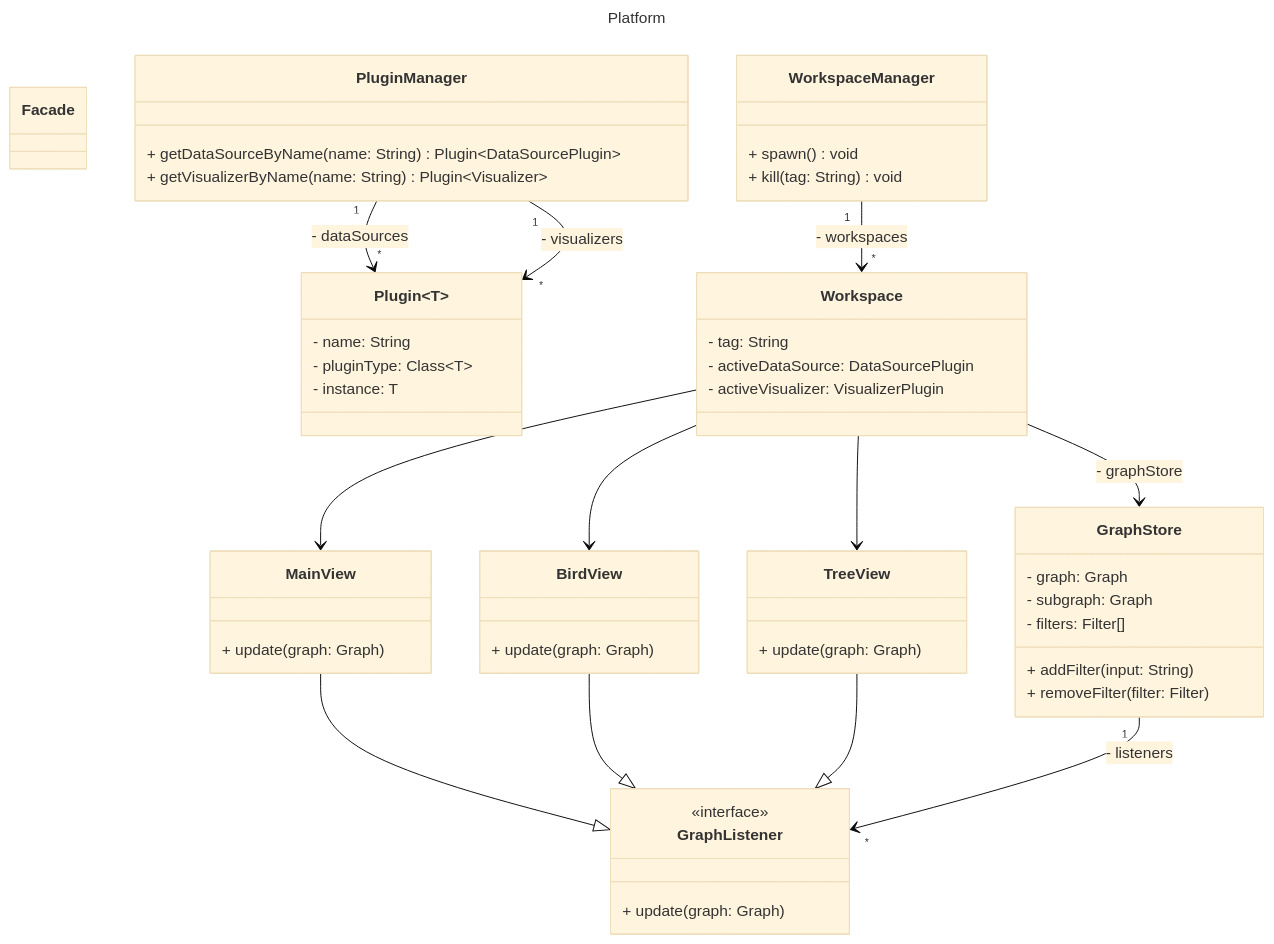
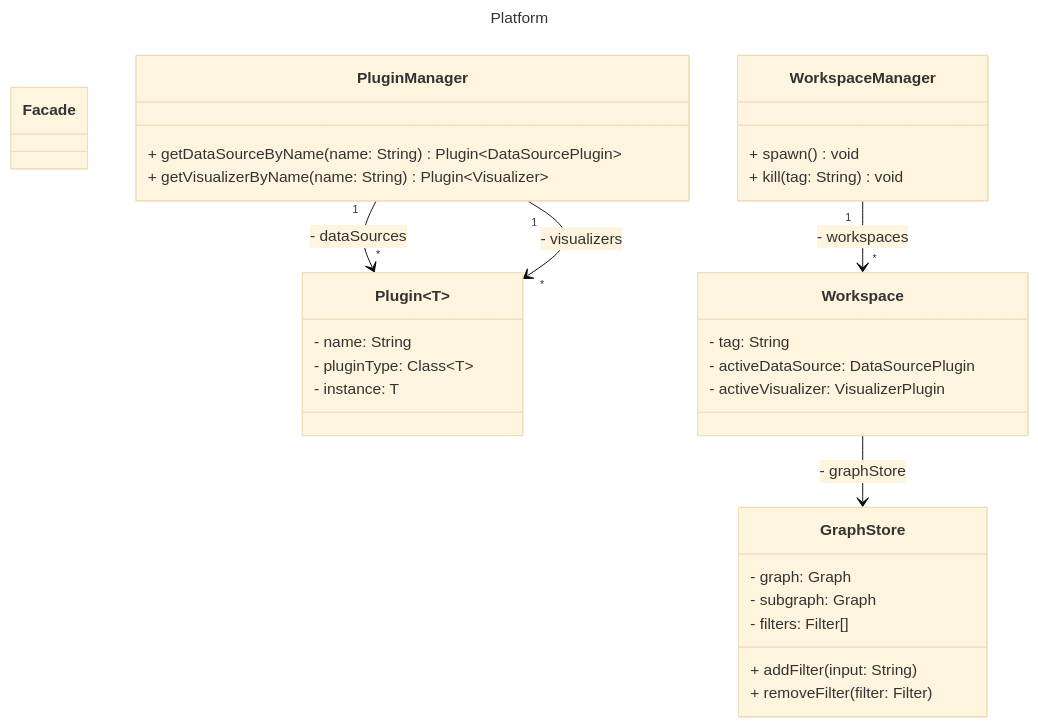
One commit to trami25/Graph-Visualizer changed the third of 3 diagrams in README.md. Above: the diagram before and after it, drawn with Mermaid (base theme).

Commit message:
doc: remove MainView, BirdView, TreeView and GraphListener classes from platform diagram [#75]

````diff
--- a/README.md
+++ b/README.md
@@ -70,57 +70,37 @@
 ```mermaid
 ---
 title: Platform
 ---
 classDiagram
     class Facade
     class PluginManager {
         + getDataSourceByName(name: String) Plugin~DataSourcePlugin~
         + getVisualizerByName(name: String) Plugin~Visualizer~
     }
     class Plugin~T~ {
         - name: String
         - pluginType: Class~T~
         - instance: T
     }
     class WorkspaceManager {
         + spawn() void
         + kill(tag: String) void
     }
     class Workspace {
         - tag: String
         - activeDataSource: DataSourcePlugin
         - activeVisualizer: VisualizerPlugin
     }
     class GraphStore {
         - graph: Graph
         - subgraph: Graph
         - filters: Filter[]
         + addFilter(input: String)
         + removeFilter(filter: Filter)
     }
-    class MainView {
-        + update(graph: Graph)
-    }
-    class BirdView {
-        + update(graph: Graph)
-    }
-    class TreeView {
-        + update(graph: Graph)
-    }
-    class GraphListener {
-        <<interface>>
-        + update(graph: Graph)
-    }
     
     PluginManager "1" -->  "*" Plugin : - dataSources
     PluginManager "1" -->  "*" Plugin : - visualizers
     WorkspaceManager "1" --> "*" Workspace : - workspaces
     Workspace --> GraphStore : - graphStore
-    Workspace --> MainView
-    Workspace --> BirdView
-    Workspace --> TreeView
-    MainView --|> GraphListener
-    BirdView --|> GraphListener
-    TreeView --|> GraphListener
-    GraphStore "1" --> "*" GraphListener :  - listeners
 ```
````
